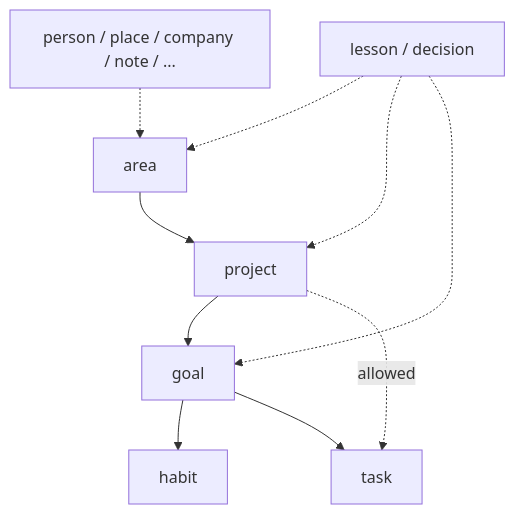
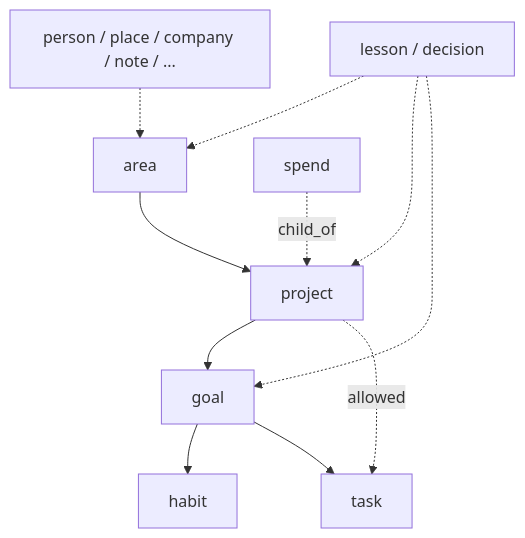
One commit to dgraziosi/foundation changed the fourth of 10 diagrams in docs/ARCHITECTURE.md. Above: the diagram before and after it, drawn with Mermaid. The commit also changed other lines of this file and 4 other files, not shown here.

First line of the commit message:
Document spend type and project budget fields

````diff
--- a/docs/ARCHITECTURE.md
+++ b/docs/ARCHITECTURE.md
@@ -93,22 +94,25 @@
 ```mermaid
 flowchart TB
   area["area"]
   project["project"]
   goal["goal"]
   habit["habit"]
   task["task"]
 
   area --> project
   project --> goal
   goal --> habit
   goal --> task
   project -.->|"allowed"| task
 
   hang["lesson / decision"]
   hang -.-> area
   hang -.-> project
   hang -.-> goal
 
+  spend["spend"]
+  spend -.->|"child_of"| project
+
   beside["person / place / company / note / ..."]
   beside -.-> area
 ```
````
